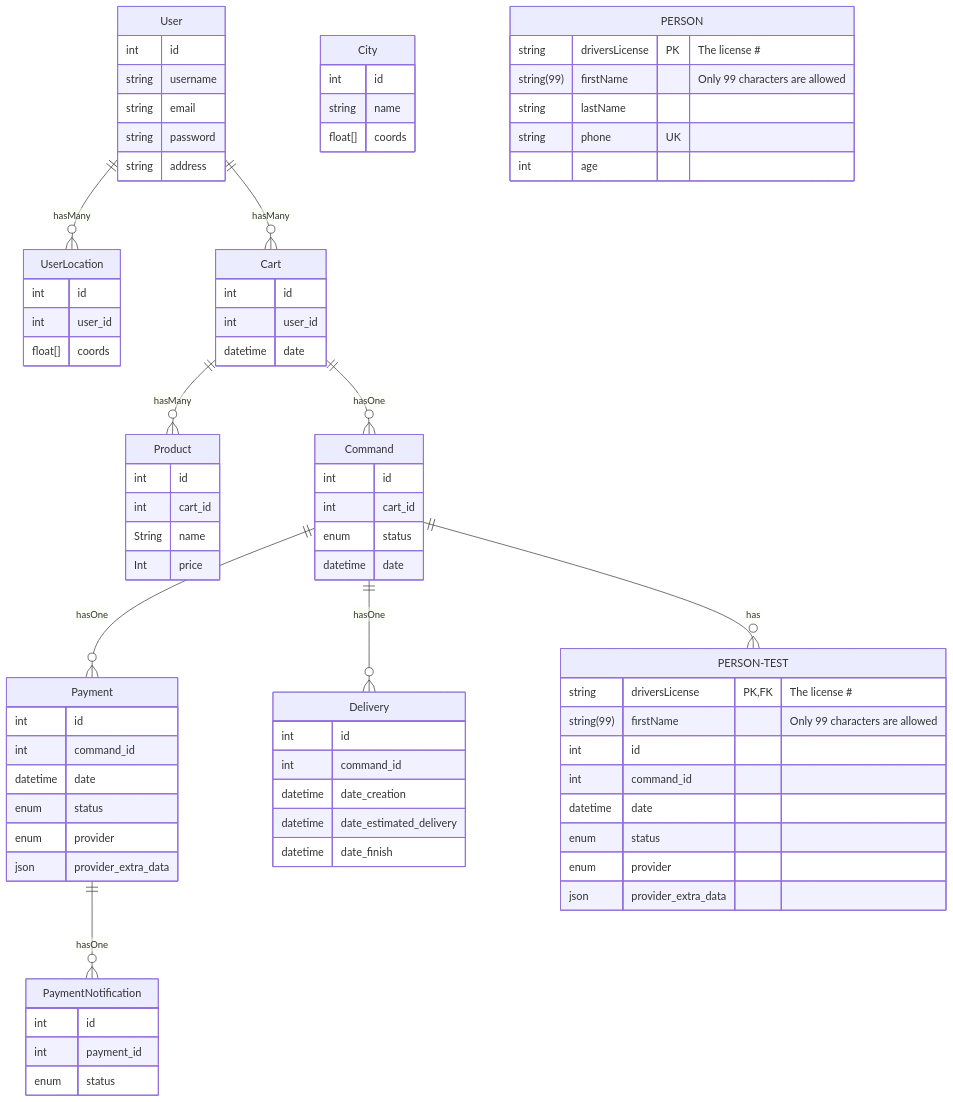
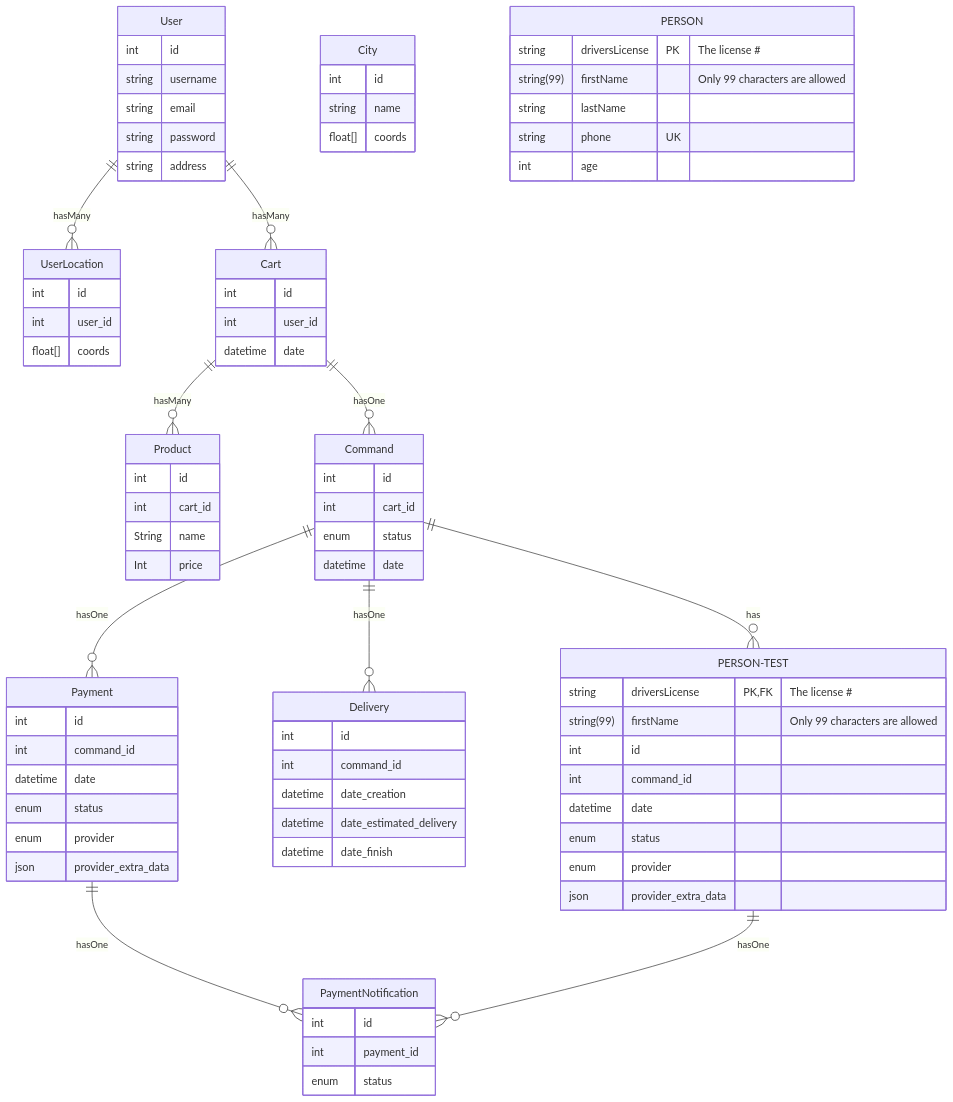
The first of 6 diagrams in readme.md (joussin/api_allopico_old), drawn with Mermaid before and after one commit.

```diff
--- a/readme.md
+++ b/readme.md
@@ -38,6 +38,7 @@
     Payment ||--o{ PaymentNotification : hasOne
     
     Command ||--o{ PERSON-TEST : has
+        PERSON-TEST ||--o{ PaymentNotification : hasOne
     
     City {
         int id
```
